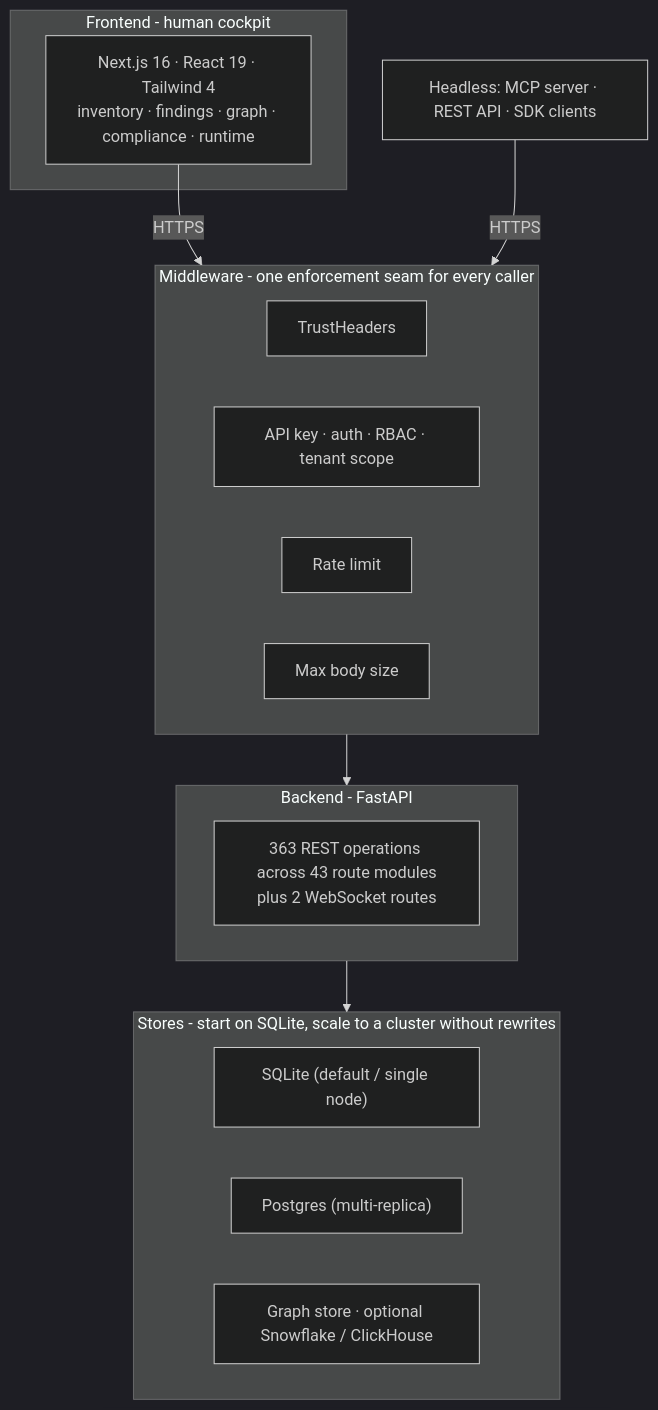
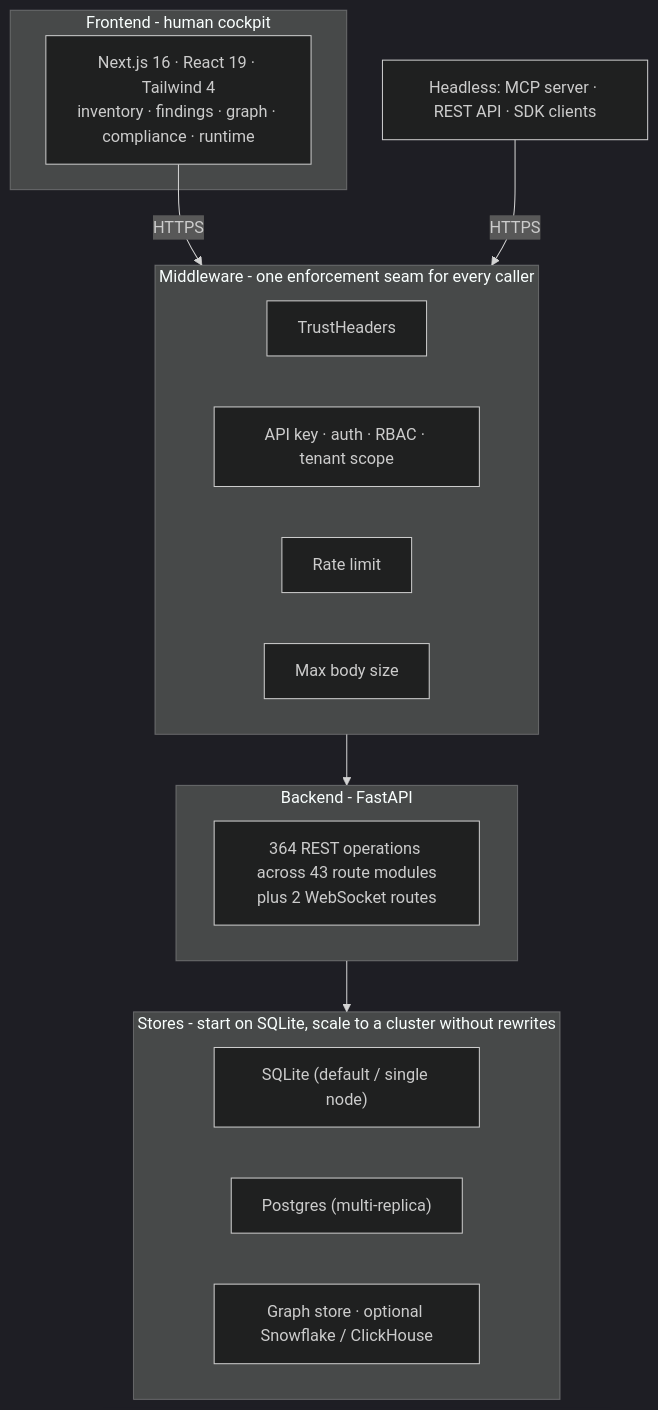
The fourth of 9 diagrams in docs/ARCHITECTURE.md (msaad00/agent-bom), drawn with Mermaid (dark theme) before and after one commit. The commit also changed 12 other files, not shown here.

````diff
--- a/docs/ARCHITECTURE.md
+++ b/docs/ARCHITECTURE.md
@@ -146,27 +146,27 @@
 ```mermaid
 flowchart TB
     subgraph FE["Frontend - human cockpit"]
         UI["Next.js 16 · React 19 · Tailwind 4\ninventory · findings · graph · compliance · runtime"]
     end
     subgraph MW["Middleware - one enforcement seam for every caller"]
         M1["TrustHeaders"]
         M2["API key · auth · RBAC · tenant scope"]
         M3["Rate limit"]
         M4["Max body size"]
     end
     subgraph BE["Backend - FastAPI"]
-        R["363 REST operations across 43 route modules
+        R["364 REST operations across 43 route modules
 plus 2 WebSocket routes"]
     end
     subgraph ST["Stores - start on SQLite, scale to a cluster without rewrites"]
         S1["SQLite (default / single node)"]
         S2["Postgres (multi-replica)"]
         S3["Graph store · optional Snowflake / ClickHouse"]
     end
 
     EXTAGENT["Headless: MCP server · REST API · SDK clients"]
 
     UI -->|HTTPS| MW
     EXTAGENT -->|HTTPS| MW
     MW --> BE --> ST
 ```
````
